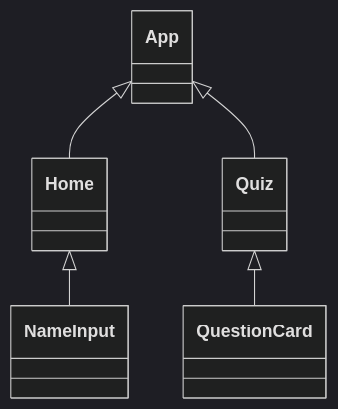
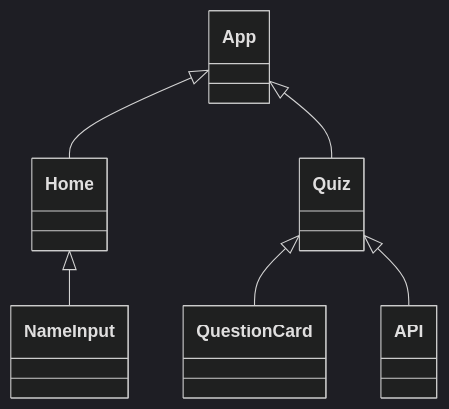
Before and after one commit to TheFullStackFred/fredrikstromberg-testing_typescipt-quiz_app: the diagram in src/diagrams/classDiagram.md, drawn with Mermaid (dark theme).

Commit message:
started with classdiagram

````diff
--- a/src/diagrams/classDiagram.md
+++ b/src/diagrams/classDiagram.md
@@ -3,26 +3,36 @@
 ```mermaid
   classDiagram
     App <|-- Home
     App <|-- Quiz
     Quiz <|-- QuestionCard
     Home <|-- NameInput
+    Quiz <|-- API
+
 
 
     class App {
 
     }
+
     class Home {
 
     }
+
     class Quiz {
 
     }
+
     class QuestionCard {
 
     }
+
     class NameInput {
+
+    }
+
+    class API {
 
     }
 
 
 ```
````
